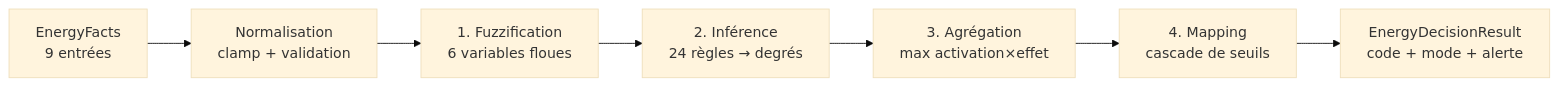
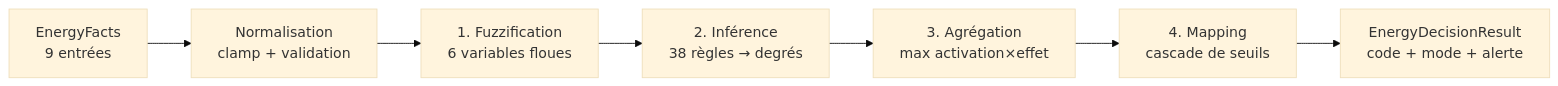
Before and after one commit to kevinManda17/energyMS: the diagram in docs/diagrams/03-pipeline-4-etapes.mmd, drawn with Mermaid (base theme). The commit also changed 12 other files, not shown here.

```diff
--- a/docs/diagrams/03-pipeline-4-etapes.mmd
+++ b/docs/diagrams/03-pipeline-4-etapes.mmd
@@ -1,7 +1,7 @@
 flowchart LR
     F[EnergyFacts<br/>9 entrées] --> N[Normalisation<br/>clamp + validation]
     N --> FZ[1. Fuzzification<br/>6 variables floues]
-    FZ --> IN[2. Inférence<br/>24 règles → degrés]
+    FZ --> IN[2. Inférence<br/>38 règles → degrés]
     IN --> AG[3. Agrégation<br/>max activation×effet]
     AG --> MP[4. Mapping<br/>cascade de seuils]
     MP --> D[EnergyDecisionResult<br/>code + mode + alerte]
```
